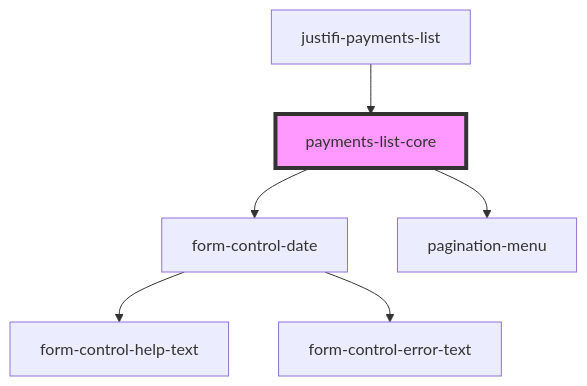
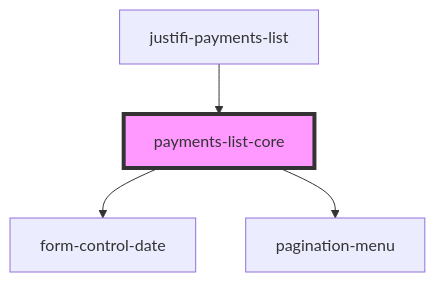
The diagram in packages/webcomponents/src/components/payments-list/readme.md (justifi-tech/web-component-library), drawn with Mermaid before and after one commit. The commit also changed 71 other files, not shown here.

````diff
--- a/packages/webcomponents/src/components/payments-list/readme.md
+++ b/packages/webcomponents/src/components/payments-list/readme.md
@@ -47,9 +47,7 @@
 ```mermaid
 graph TD;
   payments-list-core --> form-control-date
   payments-list-core --> pagination-menu
-  form-control-date --> form-control-help-text
-  form-control-date --> form-control-error-text
   justifi-payments-list --> payments-list-core
   style payments-list-core fill:#f9f,stroke:#333,stroke-width:4px
 ```
````
